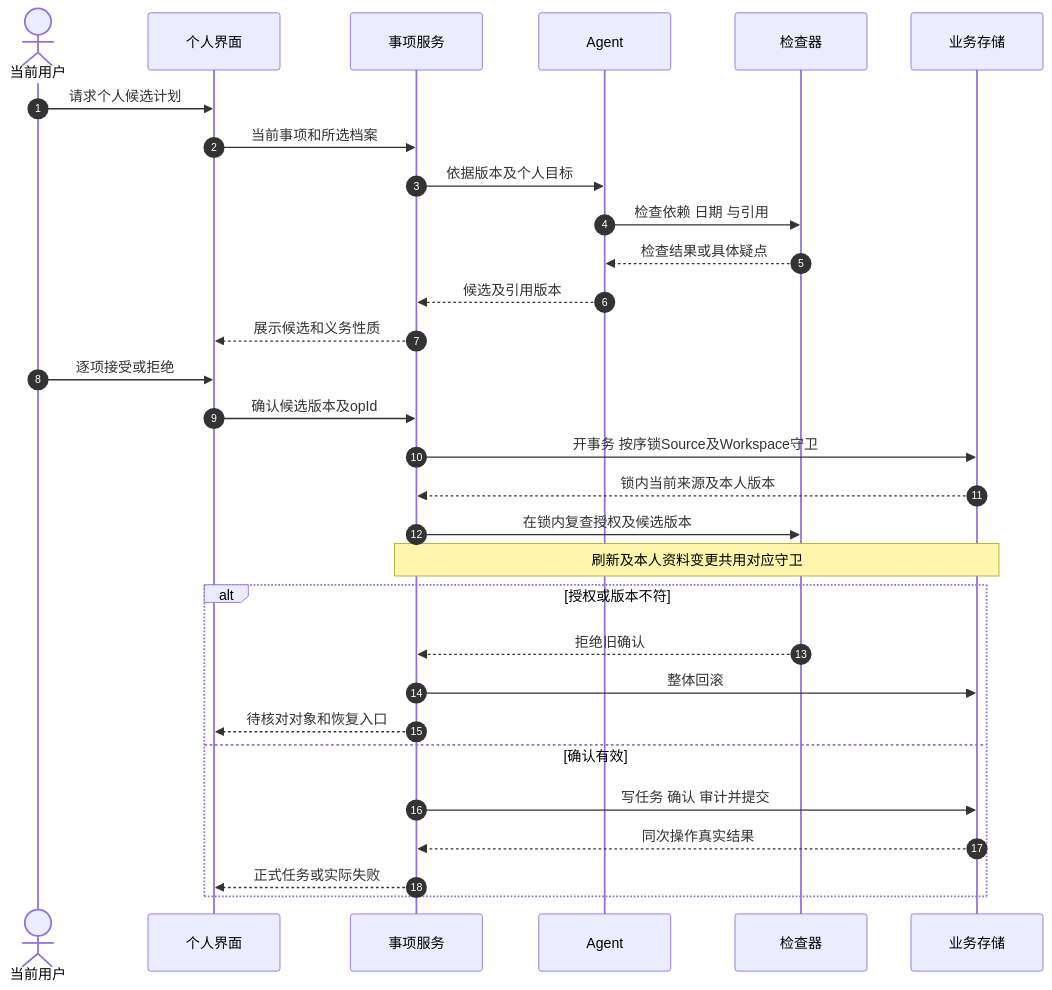
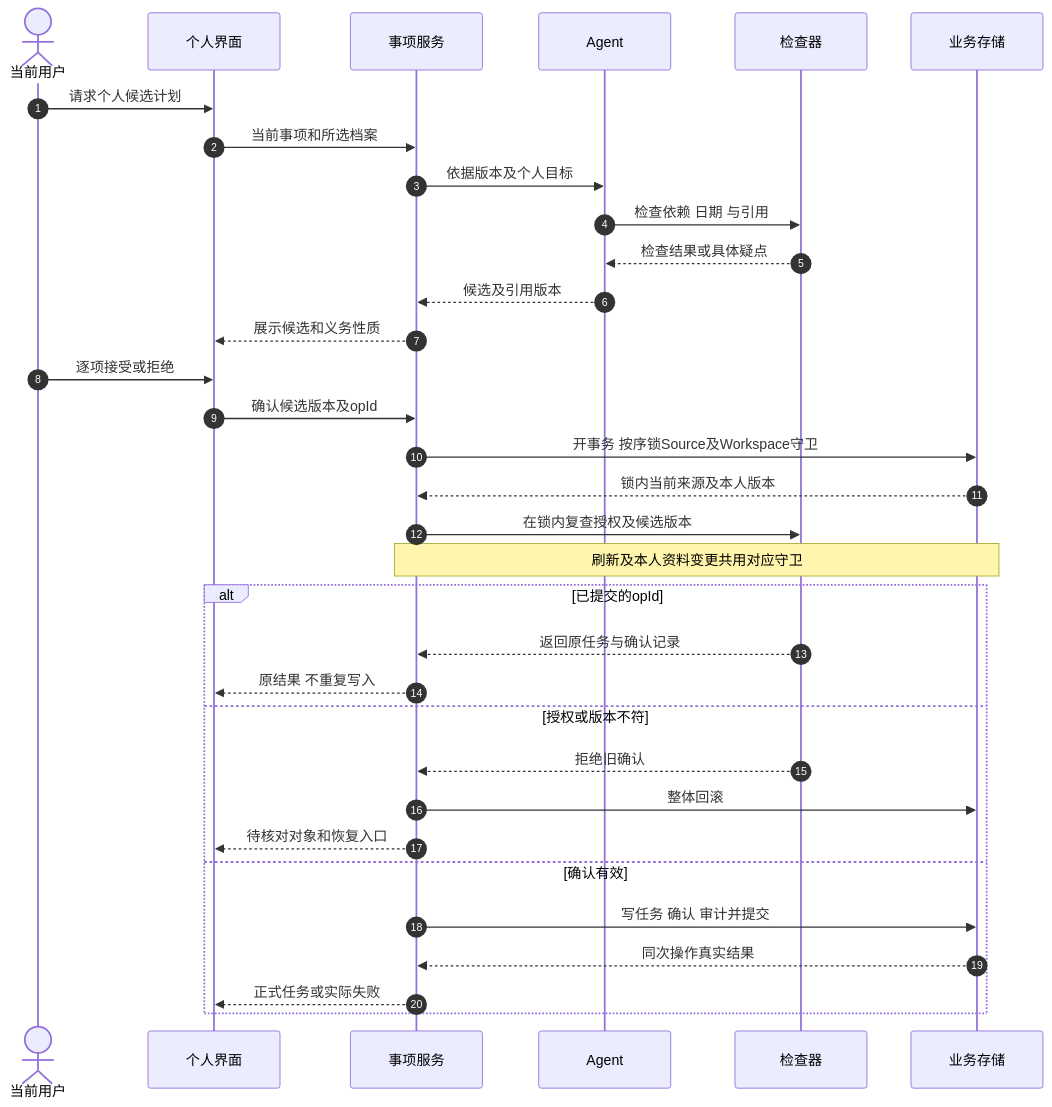
One commit to LotteryCamp/OfferPilot changed the diagram in docs/design/requirements/he-huiyuan/diagrams/02_确认写入时序.mmd. Above: the diagram before and after it, drawn with Mermaid. The commit also changed 10 other files, not shown here.

```diff
--- a/docs/design/requirements/he-huiyuan/diagrams/02_确认写入时序.mmd
+++ b/docs/design/requirements/he-huiyuan/diagrams/02_确认写入时序.mmd
@@ -1,30 +1,33 @@
 sequenceDiagram
     autonumber
     actor U as 当前用户
     participant UI as 个人界面
     participant WS as 事项服务
     participant AG as Agent
     participant CK as 检查器
     participant DB as 业务存储
     U->>UI: 请求个人候选计划
     UI->>WS: 当前事项和所选档案
     WS->>AG: 依据版本及个人目标
     AG->>CK: 检查依赖 日期 与引用
     CK-->>AG: 检查结果或具体疑点
     AG-->>WS: 候选及引用版本
     WS-->>UI: 展示候选和义务性质
     U->>UI: 逐项接受或拒绝
     UI->>WS: 确认候选版本及opId
     WS->>DB: 开事务 按序锁Source及Workspace守卫
     DB-->>WS: 锁内当前来源及本人版本
     WS->>CK: 在锁内复查授权及候选版本
     Note over WS,DB: 刷新及本人资料变更共用对应守卫
-    alt 授权或版本不符
+    alt 已提交的opId
+        CK-->>WS: 返回原任务与确认记录
+        WS-->>UI: 原结果 不重复写入
+    else 授权或版本不符
         CK-->>WS: 拒绝旧确认
         WS->>DB: 整体回滚
         WS-->>UI: 待核对对象和恢复入口
     else 确认有效
         WS->>DB: 写任务 确认 审计并提交
         DB-->>WS: 同次操作真实结果
         WS-->>UI: 正式任务或实际失败
     end
```
